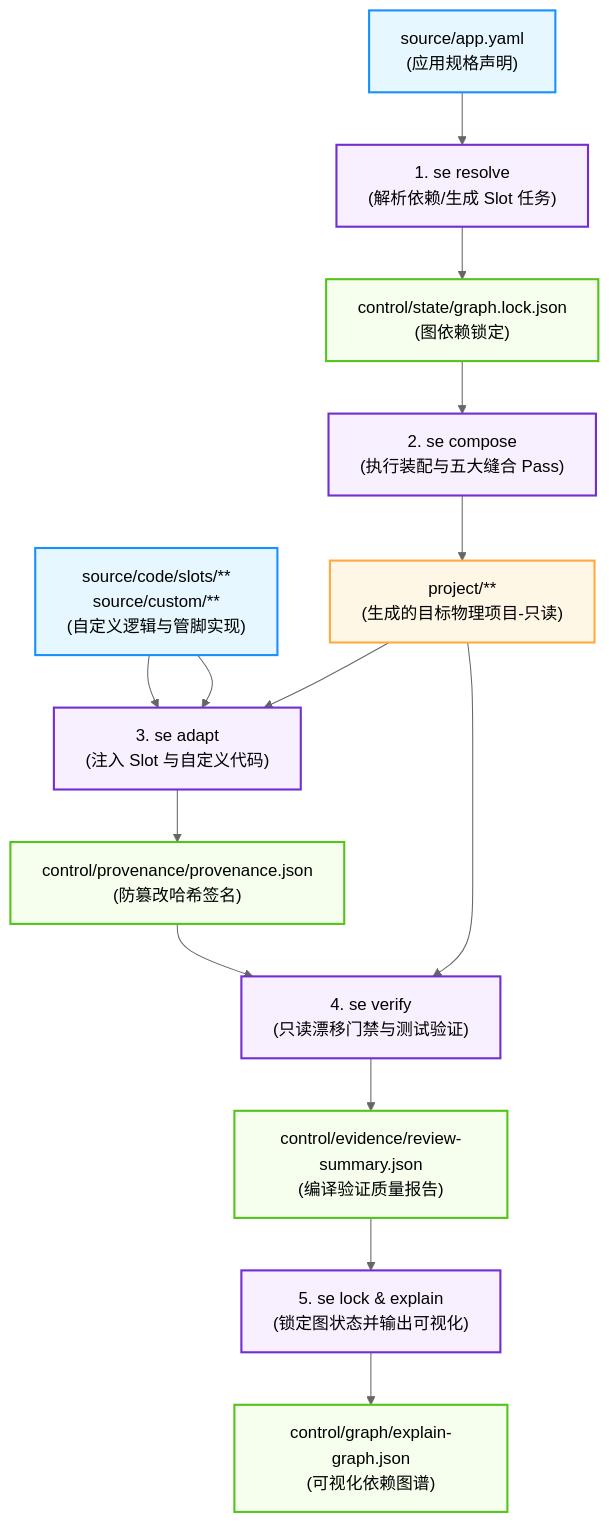
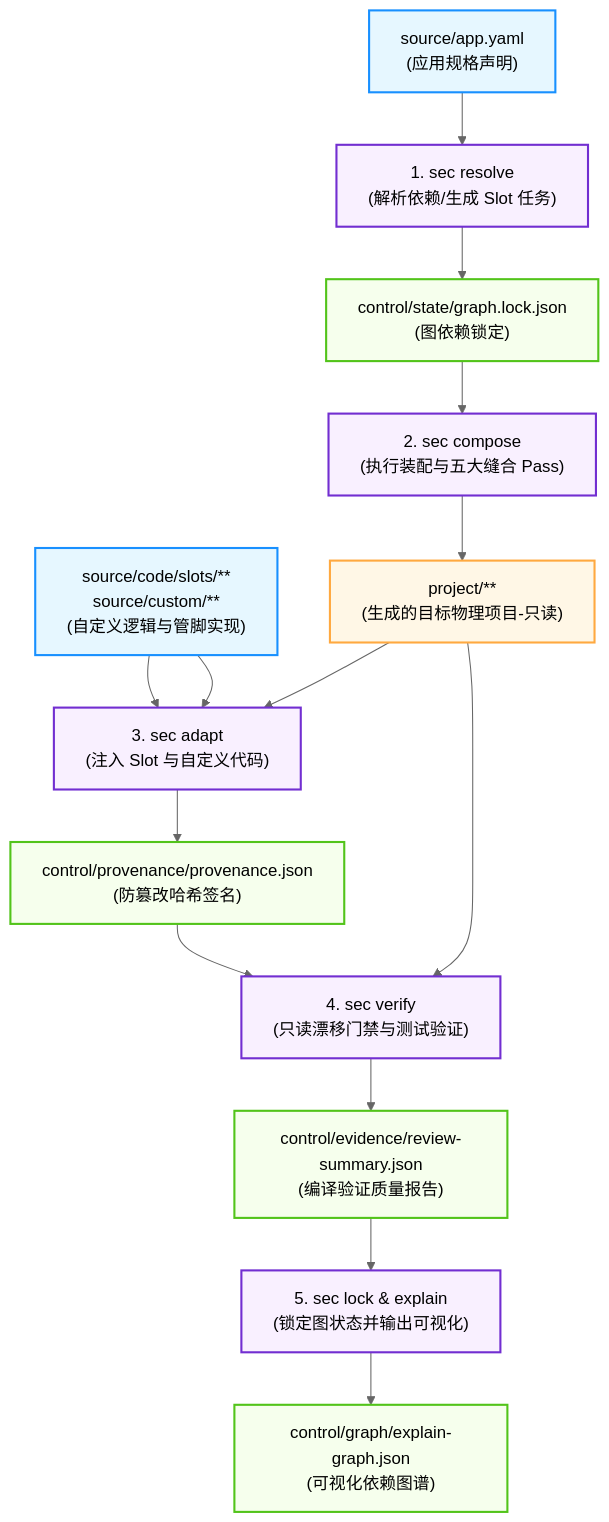
The first of 4 diagrams in docs/12-编译管道与行为流图示.md (sec-platform/sec), drawn with Mermaid (neutral theme) before and after one commit. The commit also changed other lines of this file and 1 other file, not shown here.

Commit message:
docs: organize docs index paths and rebrand se to sec in pipeline diagram

````diff
--- a/docs/12-编译管道与行为流图示.md
+++ b/docs/12-编译管道与行为流图示.md
@@ -11,43 +11,43 @@
 ```mermaid
 graph TD
     %% Define styles
     classDef sourceStyle fill:#e6f7ff,stroke:#1890ff,stroke-width:2px;
     classDef controlStyle fill:#f6ffed,stroke:#52c41a,stroke-width:2px;
     classDef targetStyle fill:#fff7e6,stroke:#ffa940,stroke-width:2px;
     classDef cmdStyle fill:#f9f0ff,stroke:#722ed1,stroke-width:2px;
 
     %% Source Files
     SrcPlan["source/app.yaml <br>(应用规格声明)"]:::sourceStyle
     SrcCustom["source/code/slots/**<br>source/custom/**<br>(自定义逻辑与管脚实现)"]:::sourceStyle
 
     %% CLI Commands
-    CmdResolve["1. se resolve<br>(解析依赖/生成 Slot 任务)"]:::cmdStyle
-    CmdCompose["2. se compose<br>(执行装配与五大缝合 Pass)"]:::cmdStyle
-    CmdAdapt["3. se adapt<br>(注入 Slot 与自定义代码)"]:::cmdStyle
-    CmdVerify["4. se verify<br>(只读漂移门禁与测试验证)"]:::cmdStyle
-    CmdLockExplain["5. se lock & explain<br>(锁定图状态并输出可视化)"]:::cmdStyle
+    CmdResolve["1. sec resolve<br>(解析依赖/生成 Slot 任务)"]:::cmdStyle
+    CmdCompose["2. sec compose<br>(执行装配与五大缝合 Pass)"]:::cmdStyle
+    CmdAdapt["3. sec adapt<br>(注入 Slot 与自定义代码)"]:::cmdStyle
+    CmdVerify["4. sec verify<br>(只读漂移门禁与测试验证)"]:::cmdStyle
+    CmdLockExplain["5. sec lock & explain<br>(锁定图状态并输出可视化)"]:::cmdStyle
 
     %% Control Plane & Target Artifacts
     StateLock["control/state/graph.lock.json<br>(图依赖锁定)"]:::controlStyle
     TargetProject["project/**<br>(生成的目标物理项目-只读)"]:::targetStyle
     Provenance["control/provenance/provenance.json<br>(防篡改哈希签名)"]:::controlStyle
     ExplainGraph["control/graph/explain-graph.json<br>(可视化依赖图谱)"]:::controlStyle
     Evidence["control/evidence/review-summary.json<br>(编译验证质量报告)"]:::controlStyle
 
     %% Flow
     SrcPlan --> CmdResolve
     CmdResolve --> StateLock
     StateLock --> CmdCompose
     
     CmdCompose --> TargetProject
     SrcCustom --> CmdAdapt
     
     TargetProject & SrcCustom --> CmdAdapt
     CmdAdapt --> Provenance
     
     Provenance & TargetProject --> CmdVerify
     CmdVerify --> Evidence
     
     Evidence --> CmdLockExplain
     CmdLockExplain --> ExplainGraph
 ```
````
